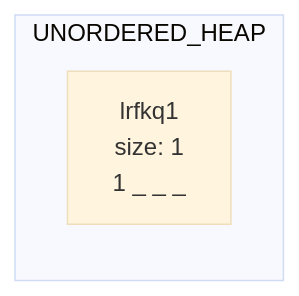
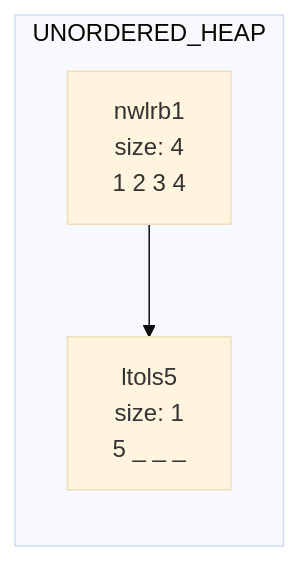
The second of 2 diagrams in data/chart.md (kjain1810/B-Trees), drawn with Mermaid (base theme) before and after one commit. The commit also changed other lines of this file and 4 other files, not shown here.

````diff
--- a/data/chart.md
+++ b/data/chart.md
@@ -7,6 +11,8 @@
 ```mermaid
 graph LR
 subgraph UNORDERED_HEAP
-lrfkq1[lrfkq1<br/>size: 1<br/>1 _ _ _ ]
+nwlrb1[nwlrb1<br/>size: 4<br/>1 2 3 4 ]
+ltols5[ltols5<br/>size: 1<br/>5 _ _ _ ]
+nwlrb1-->ltols5
 end
 ```
````
